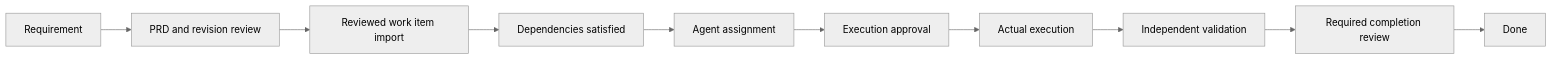
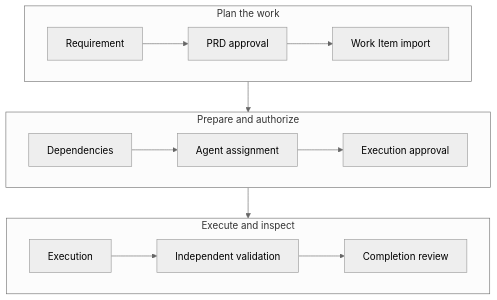
The diagram in README.md (Jigsaw777/accension), drawn with Mermaid (neutral theme) before and after one commit. The commit also changed other lines of this file and 10 other files, not shown here.

````diff
--- a/README.md
+++ b/README.md
@@ -126,12 +25,17 @@
 ```mermaid
-flowchart LR
-    Idea[Requirement] --> PRD[PRD and revision review]
-    PRD --> Items[Reviewed work item import]
-    Items --> Dependencies[Dependencies satisfied]
-    Dependencies --> Agent[Agent assignment]
-    Agent --> Approval[Execution approval]
-    Approval --> Run[Actual execution]
-    Run --> Checks[Independent validation]
-    Checks --> Review[Required completion review]
-    Review --> Done[Done]
+flowchart TB
+    subgraph Plan[Plan the work]
+        direction LR
+        Requirement --> PRD[PRD approval] --> Items[Work Item import]
+    end
+    subgraph Authorize[Prepare and authorize]
+        direction LR
+        Dependencies --> Agent[Agent assignment] --> Approval[Execution approval]
+    end
+    subgraph Verify[Execute and inspect]
+        direction LR
+        Execution --> Validation[Independent validation] --> Review[Completion review]
+    end
+    Items --> Dependencies
+    Approval --> Execution
 ```
````
